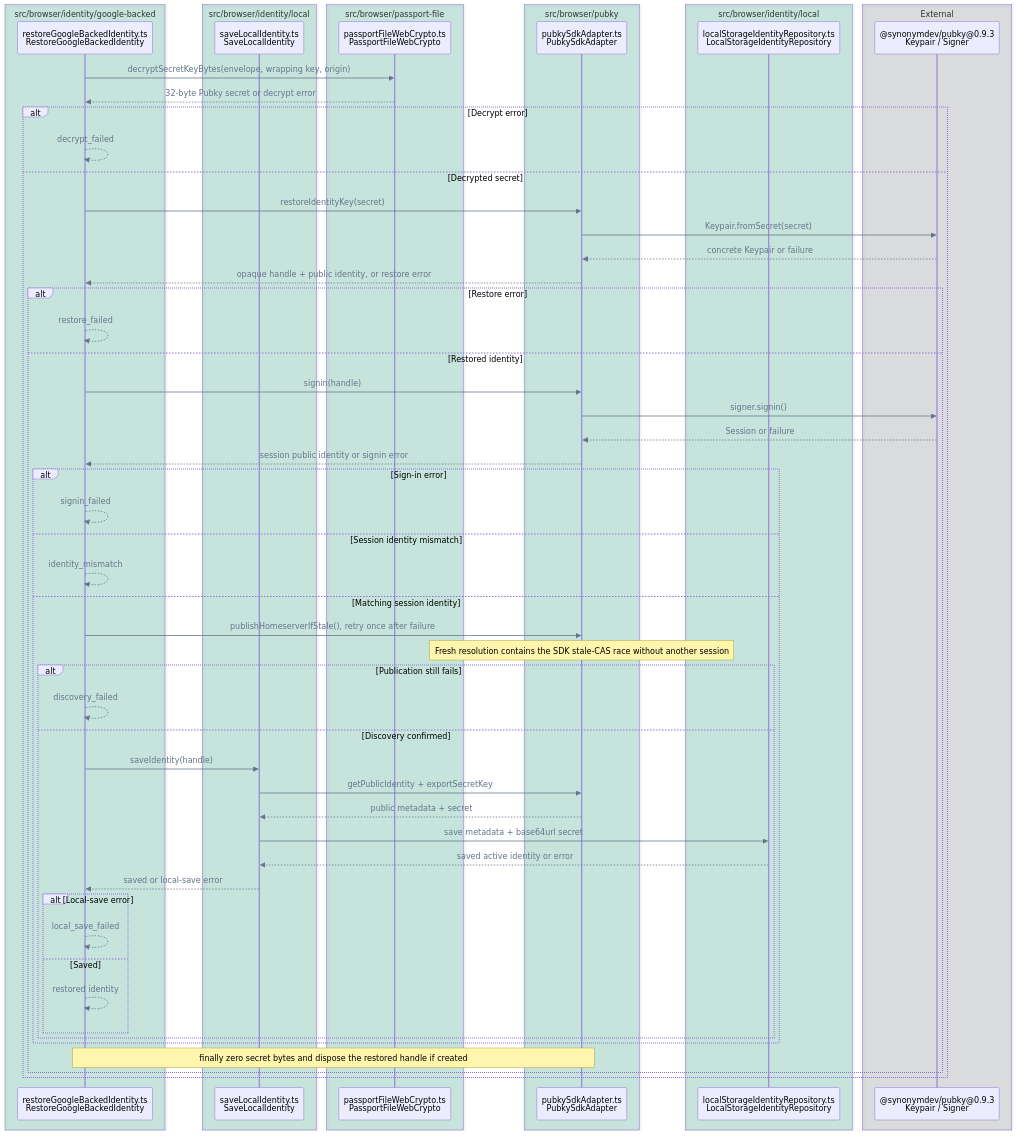
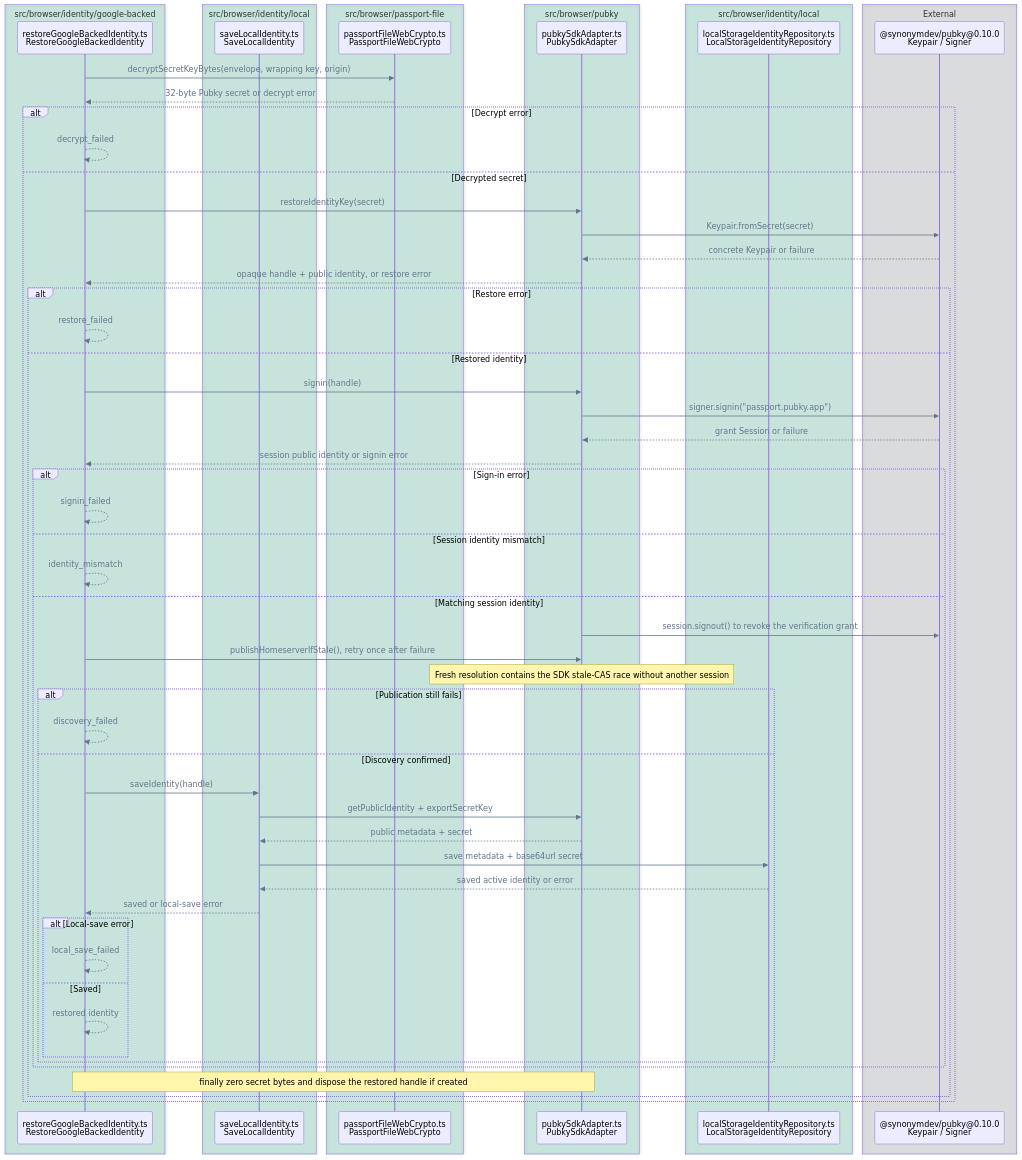
One commit to pubky/pubky-passport changed the ninth of 14 diagrams in FLOWS.md. Above: the diagram before and after it, drawn with Mermaid. The commit also changed other lines of this file and 28 other files, not shown here.

Commit message:
chore: Migrate Pubky SDK to v0.10 with cookie and grant authorization support

````diff
--- a/FLOWS.md
+++ b/FLOWS.md
@@ -422,67 +422,68 @@
 ```mermaid
 %%{init: {"themeVariables": {"signalColor": "#64748B", "signalTextColor": "#64748B"}}}%%
 sequenceDiagram
     accTitle: Existing identity restore call flow
     accDescr: Browser crypto decrypts the Passport file envelope, PubkySdkAdapter signs in with the restored key, and only a matching activated Pubky identity is saved locally; failures stop before later stages and cleanup runs after decryption succeeds.
     box rgba(0, 158, 115, 0.18) src/browser/identity/google-backed
         participant Restore as restoreGoogleBackedIdentity.ts<br/>RestoreGoogleBackedIdentity
     end
     box rgba(0, 158, 115, 0.18) src/browser/identity/local
         participant Local as saveLocalIdentity.ts<br/>SaveLocalIdentity
     end
     box rgba(0, 158, 115, 0.18) src/browser/passport-file
         participant Crypto as passportFileWebCrypto.ts<br/>PassportFileWebCrypto
     end
     box rgba(0, 158, 115, 0.18) src/browser/pubky
         participant Pubky as pubkySdkAdapter.ts<br/>PubkySdkAdapter
     end
     box rgba(0, 158, 115, 0.18) src/browser/identity/local
         participant Repo as localStorageIdentityRepository.ts<br/>LocalStorageIdentityRepository
     end
     box rgba(17, 24, 39, 0.12) External
-        participant SDK as @synonymdev/pubky@0.9.3<br/>Keypair / Signer
+        participant SDK as @synonymdev/pubky@0.10.0<br/>Keypair / Signer
     end
 
     Restore->>Crypto: decryptSecretKeyBytes(envelope, wrapping key, origin)
     Crypto-->>Restore: 32-byte Pubky secret or decrypt error
     alt Decrypt error
         Restore-->>Restore: decrypt_failed
     else Decrypted secret
         Restore->>Pubky: restoreIdentityKey(secret)
         Pubky->>SDK: Keypair.fromSecret(secret)
         SDK-->>Pubky: concrete Keypair or failure
         Pubky-->>Restore: opaque handle + public identity, or restore error
         alt Restore error
             Restore-->>Restore: restore_failed
         else Restored identity
             Restore->>Pubky: signin(handle)
-            Pubky->>SDK: signer.signin()
-            SDK-->>Pubky: Session or failure
+            Pubky->>SDK: signer.signin("passport.pubky.app")
+            SDK-->>Pubky: grant Session or failure
             Pubky-->>Restore: session public identity or signin error
             alt Sign-in error
                 Restore-->>Restore: signin_failed
             else Session identity mismatch
                 Restore-->>Restore: identity_mismatch
             else Matching session identity
+                Pubky->>SDK: session.signout() to revoke the verification grant
                 Restore->>Pubky: publishHomeserverIfStale(), retry once after failure
                 Note over Pubky: Fresh resolution contains the SDK stale-CAS race without another session
                 alt Publication still fails
                     Restore-->>Restore: discovery_failed
                 else Discovery confirmed
                     Restore->>Local: saveIdentity(handle)
                 Local->>Pubky: getPublicIdentity + exportSecretKey
                 Pubky-->>Local: public metadata + secret
                 Local->>Repo: save metadata + base64url secret
                 Repo-->>Local: saved active identity or error
                 Local-->>Restore: saved or local-save error
                 alt Local-save error
                     Restore-->>Restore: local_save_failed
                 else Saved
                     Restore-->>Restore: restored identity
                 end
             end
         end
         Note over Restore,Pubky: finally zero secret bytes and dispose the restored handle if created
     end
     end
 ```
````
